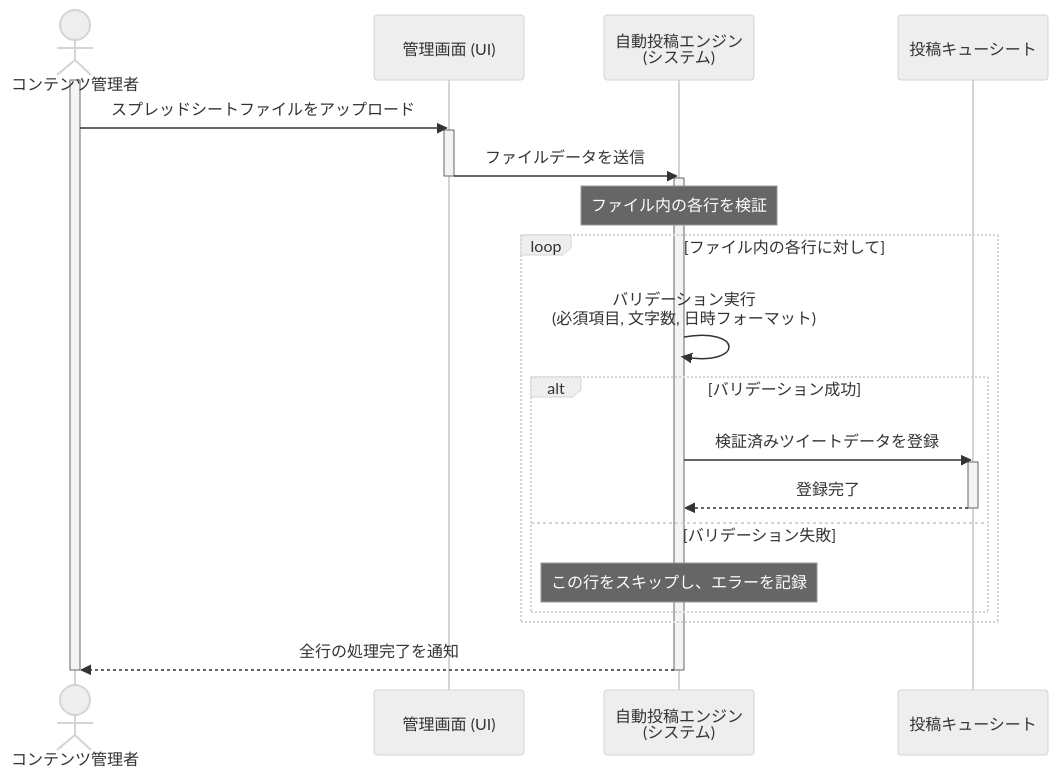
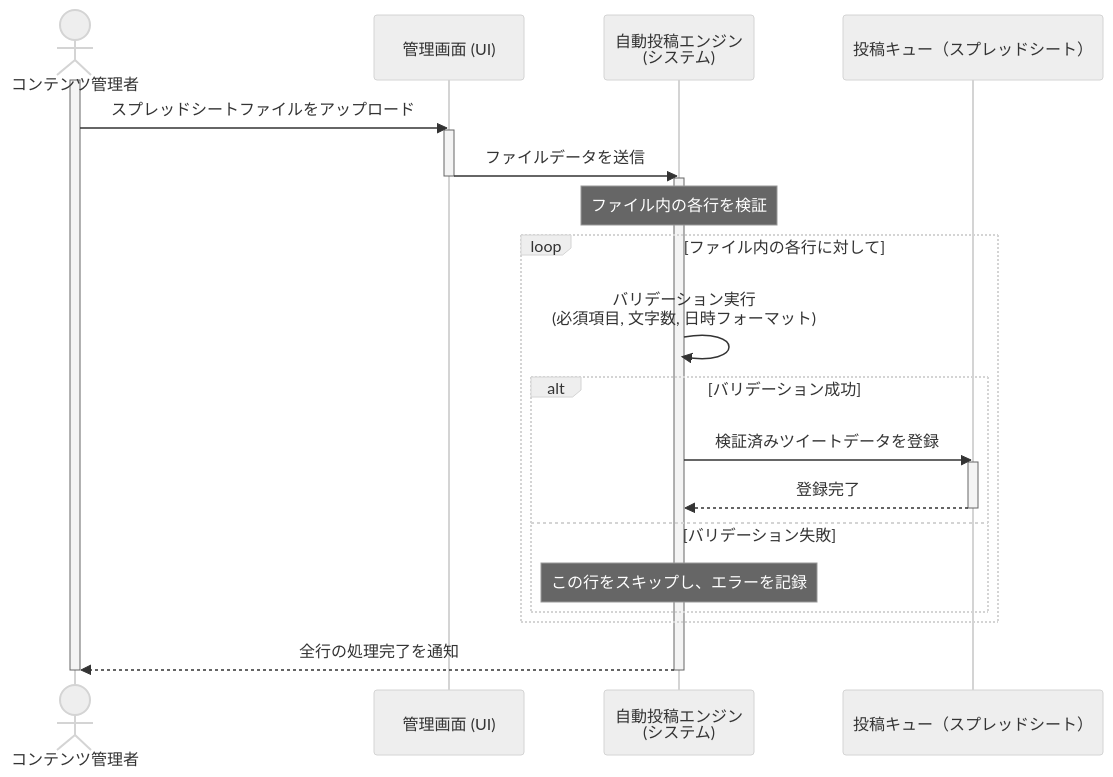
Before and after one commit to masa-codehub/hatolink: the diagram in docs/US-004/sequence.md, drawn with Mermaid (neutral theme). The commit also changed other lines of this file and 5 other files, not shown here.

Commit message:
フローチャートとシーケンス図の表記を「予約」から「登録」に変更し、関連する説明文を更新しました。また、エラーログや投稿キューに関する用語を統一しました。

````diff
--- a/docs/US-004/sequence.md
+++ b/docs/US-004/sequence.md
@@ -3,32 +3,32 @@
 ```mermaid
 sequenceDiagram
-    actor Admin as コンテンツ管理者
+    actor ContentManager as コンテンツ管理者
     participant UI as 管理画面 (UI)
     participant Engine as 自動投稿エンジン<br>(システム)
-    participant QueueSheet as 投稿キューシート
+    participant QueueSheet as 投稿キュー（スプレッドシート）
 
-    activate Admin
-    Admin->>UI: スプレッドシートファイルをアップロード
+    activate ContentManager
+    ContentManager->>UI: スプレッドシートファイルをアップロード
     activate UI
     UI->>Engine: ファイルデータを送信
     deactivate UI
     activate Engine
     
     Note over Engine: ファイル内の各行を検証
     loop ファイル内の各行に対して
         Engine->>Engine: バリデーション実行<br>(必須項目, 文字数, 日時フォーマット)
         
         alt バリデーション成功
             Engine->>QueueSheet: 検証済みツイートデータを登録
             activate QueueSheet
             QueueSheet-->>Engine: 登録完了
             deactivate QueueSheet
         else バリデーション失敗
             Note over Engine: この行をスキップし、エラーを記録
         end
     end
 
-    Engine-->>Admin: 全行の処理完了を通知
+    Engine-->>ContentManager: 全行の処理完了を通知
     deactivate Engine
-    deactivate Admin
+    deactivate ContentManager
 ```
````
